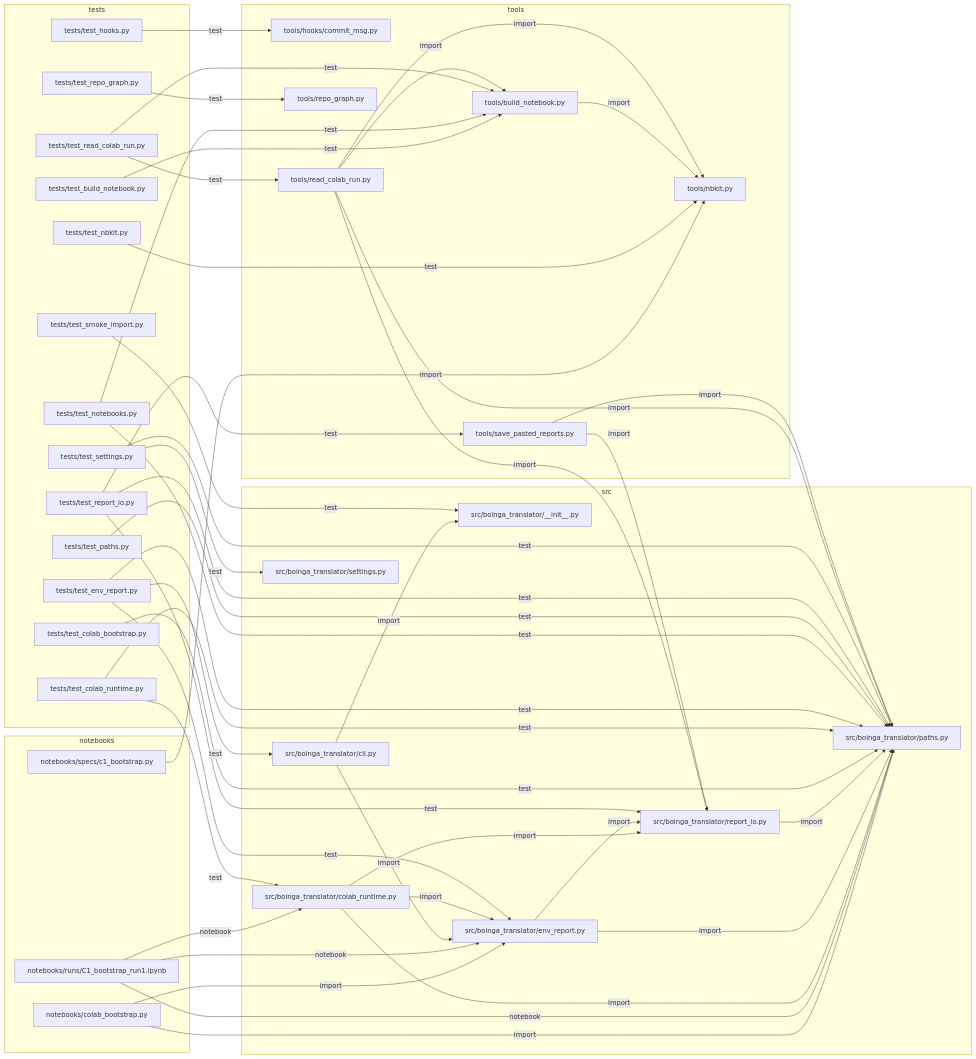
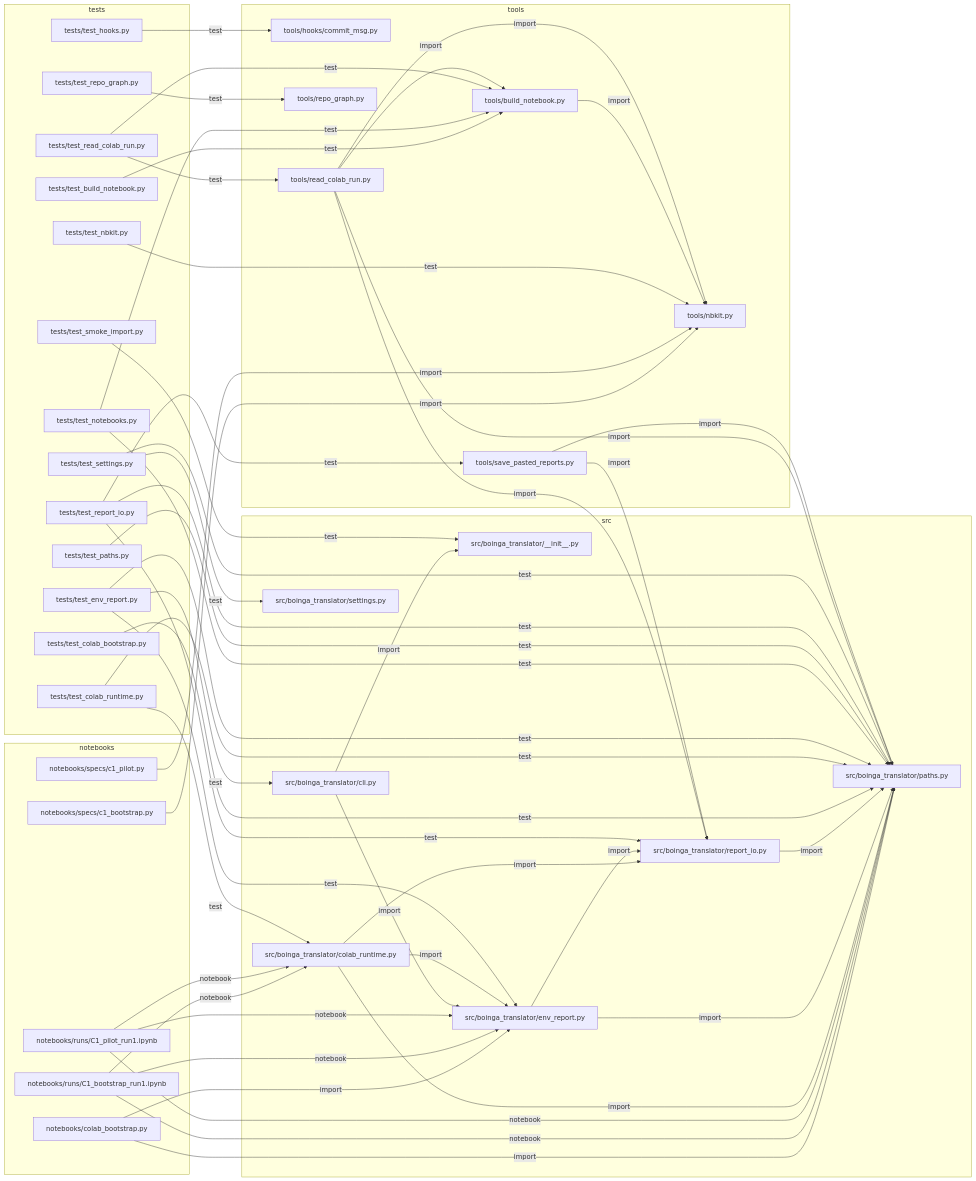
The diagram in docs/REPO_GRAPH.md (asparagusD/boinga-translator), drawn with Mermaid before and after one commit. The commit also changed other lines of this file and 6 other files, not shown here.

First line of the commit message:
fix(colab-verify): tell apart specs that share a chunk and run

```diff
--- a/docs/REPO_GRAPH.md
+++ b/docs/REPO_GRAPH.md
@@ -84,7 +86,9 @@
   subgraph sg_notebooks["notebooks"]
     n_notebooks_colab_bootstrap_py["notebooks/colab_bootstrap.py"]
     n_notebooks_runs_C1_bootstrap_run1_ipynb["notebooks/runs/C1_bootstrap_run1.ipynb"]
+    n_notebooks_runs_C1_pilot_run1_ipynb["notebooks/runs/C1_pilot_run1.ipynb"]
     n_notebooks_specs_c1_bootstrap_py["notebooks/specs/c1_bootstrap.py"]
+    n_notebooks_specs_c1_pilot_py["notebooks/specs/c1_pilot.py"]
   end
   subgraph sg_src["src"]
     n_src_boinga_translator___init___py["src/boinga_translator/__init__.py"]
@@ -123,7 +127,11 @@
   n_notebooks_runs_C1_bootstrap_run1_ipynb -->|notebook| n_src_boinga_translator_colab_runtime_py
   n_notebooks_runs_C1_bootstrap_run1_ipynb -->|notebook| n_src_boinga_translator_env_report_py
   n_notebooks_runs_C1_bootstrap_run1_ipynb -->|notebook| n_src_boinga_translator_paths_py
+  n_notebooks_runs_C1_pilot_run1_ipynb -->|notebook| n_src_boinga_translator_colab_runtime_py
+  n_notebooks_runs_C1_pilot_run1_ipynb -->|notebook| n_src_boinga_translator_env_report_py
+  n_notebooks_runs_C1_pilot_run1_ipynb -->|notebook| n_src_boinga_translator_paths_py
   n_notebooks_specs_c1_bootstrap_py -->|import| n_tools_nbkit_py
+  n_notebooks_specs_c1_pilot_py -->|import| n_tools_nbkit_py
   n_src_boinga_translator_cli_py -->|import| n_src_boinga_translator___init___py
   n_src_boinga_translator_cli_py -->|import| n_src_boinga_translator_env_report_py
   n_src_boinga_translator_colab_runtime_py -->|import| n_src_boinga_translator_env_report_py
```
